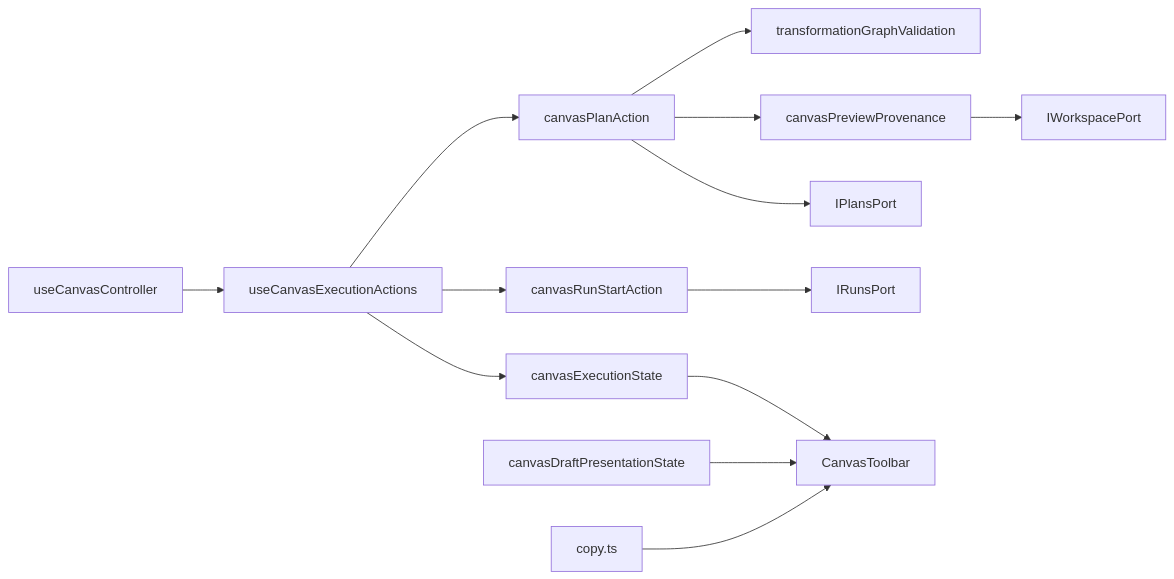
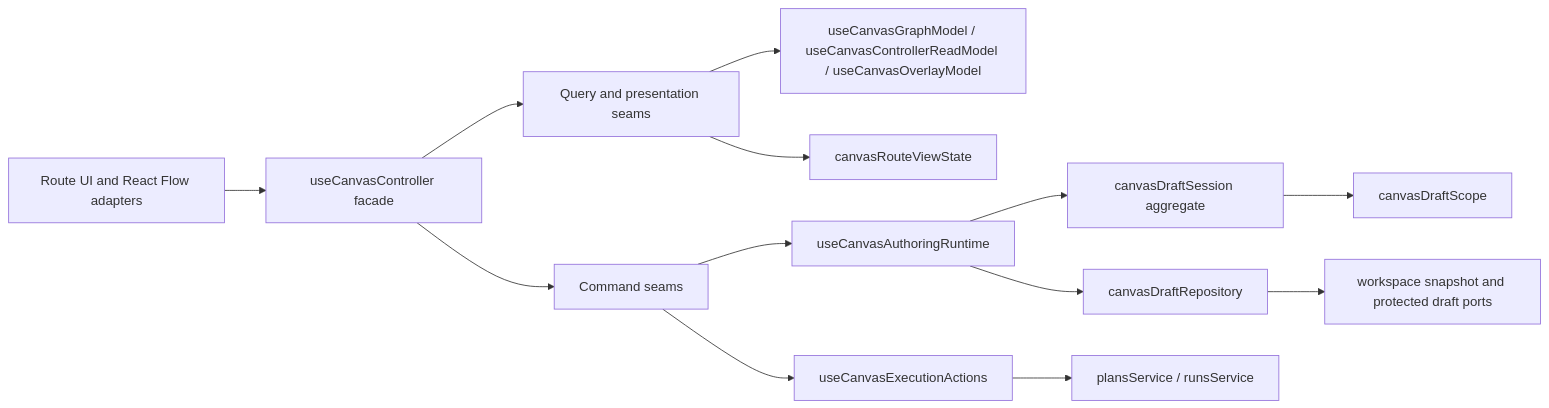
One commit to dunay2/dvt changed the third of 3 diagrams in docs/architecture/components/web/graph/canvas-controller-current-to-target-architecture.md. Above: the diagram before and after it, drawn with Mermaid. The commit also changed other lines of this file and 189 other files, not shown here.

First line of the commit message:
refactor(web): Hard-cut canvas typed authoring slice (#997)

````diff
--- a/docs/architecture/components/web/graph/canvas-controller-current-to-target-architecture.md
+++ b/docs/architecture/components/web/graph/canvas-controller-current-to-target-architecture.md
@@ -394,15 +159,18 @@
 ```mermaid
 flowchart LR
-  Controller["useCanvasController"] --> Exec["useCanvasExecutionActions"]
-  Exec --> ExecState["canvasExecutionState"]
-  Exec --> PlanAction["canvasPlanAction"]
-  Exec --> RunAction["canvasRunStartAction"]
-  PlanAction --> Validation["transformationGraphValidation"]
-  PlanAction --> Provenance["canvasPreviewProvenance"]
-  Provenance --> Workspace["IWorkspacePort"]
-  PlanAction --> Plans["IPlansPort"]
-  RunAction --> Runs["IRunsPort"]
-  ExecState --> Toolbar["CanvasToolbar"]
-  DraftState["canvasDraftPresentationState"] --> Toolbar
-  Copy["copy.ts"] --> Toolbar
+  UI["Route UI and React Flow adapters"] --> Controller["useCanvasController facade"]
+  Controller --> Query["Query and presentation seams"]
+  Controller --> Commands["Command seams"]
+
+  Query --> Projection["useCanvasGraphModel / useCanvasControllerReadModel / useCanvasOverlayModel"]
+  Query --> RouteState["canvasRouteViewState"]
+
+  Commands --> Runtime["useCanvasAuthoringRuntime"]
+  Commands --> Execution["useCanvasExecutionActions"]
+
+  Runtime --> Session["canvasDraftSession aggregate"]
+  Runtime --> Repository["canvasDraftRepository"]
+  Session --> Scope["canvasDraftScope"]
+  Execution --> Ports["plansService / runsService"]
+  Repository --> Workspace["workspace snapshot and protected draft ports"]
 ```
````
